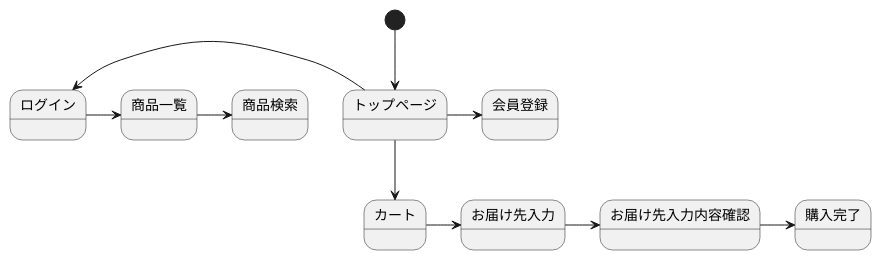
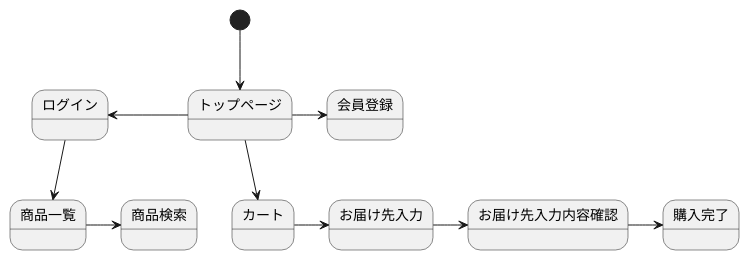
Before and after one commit to Aso2001379/2021sys-desing: the diagram in kadai12.md, drawn with PlantUML.

````diff
--- a/kadai12.md
+++ b/kadai12.md
@@ -1,13 +1,13 @@
 ```uml
 @startuml
 [*] --> トップページ
 トップページ -> 会員登録
 トップページ -left-> ログイン
-ログイン -> 商品一覧
+ログイン --> 商品一覧
 商品一覧 -> 商品検索
 トップページ --> カート
 カート -> お届け先入力
 お届け先入力 -> お届け先入力内容確認
 お届け先入力内容確認 -> 購入完了
 @enduml
 ```
````
